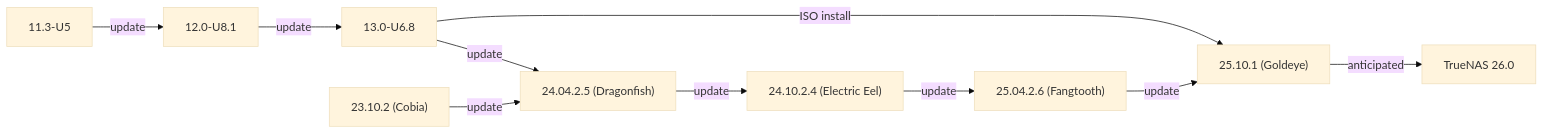
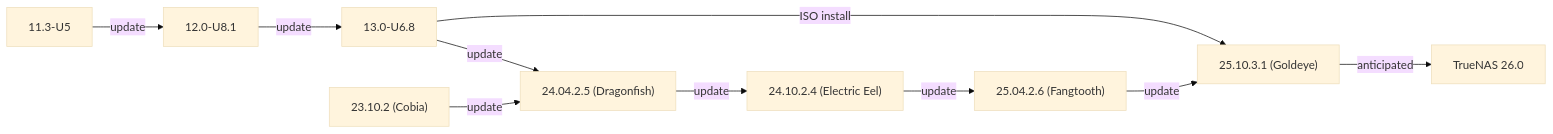
Before and after one commit to truenas/documentation: the second of 2 diagrams in static/includes/SCALEUpgradePaths.md, drawn with Mermaid (base theme). The commit also changed other lines of this file, not shown here.

```diff
--- a/static/includes/SCALEUpgradePaths.md
+++ b/static/includes/SCALEUpgradePaths.md
@@ -53,13 +53,13 @@
             {{< mermaid class="mermaid_sizing" >}}
             flowchart LR
               A["11.3-U5"] -->|update| B
               B["12.0-U8.1"] -->|update| C
               C["13.0-U6.8"] -->|ISO install| H
               C -->|update| E
               D["23.10.2 (Cobia)"] -->|update| E
               E["24.04.2.5 (Dragonfish)"]  -->|update| F
               F["24.10.2.4 (Electric Eel)"] -->|update| G
               G["25.04.2.6 (Fangtooth)"] -->|update| H
-              H["25.10.1 (Goldeye)"] -->|"anticipated"| I
+              H["25.10.3.1 (Goldeye)"] -->|"anticipated"| I
               I["TrueNAS 26.0"]
             {{< /mermaid >}}
```
